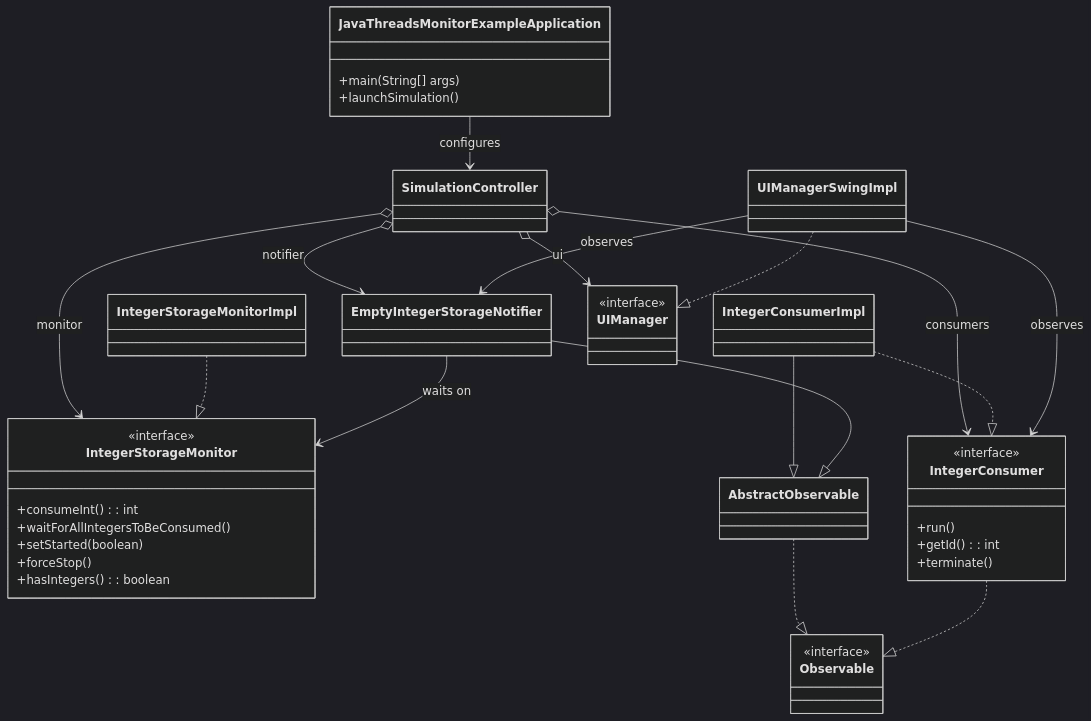
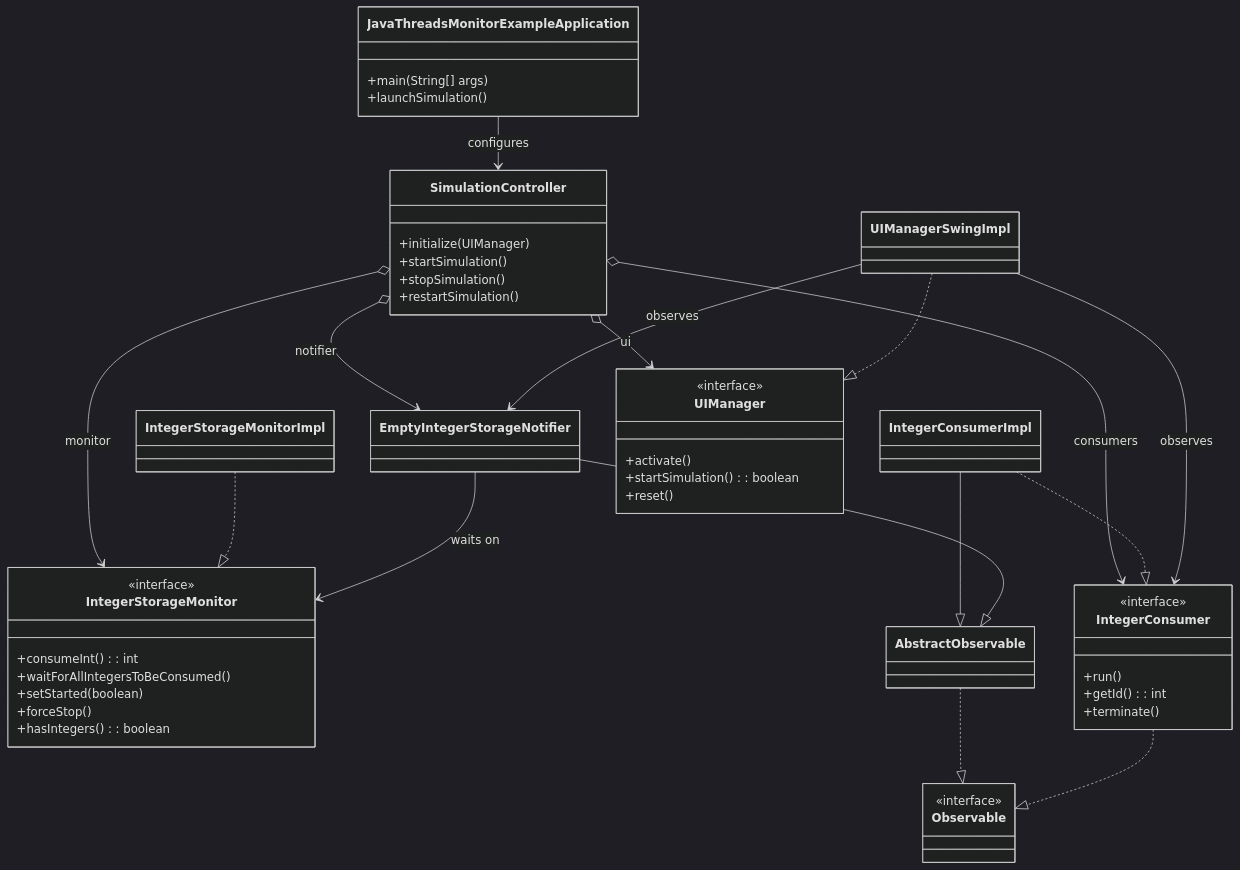
Before and after one commit to lpenap/java-monitor-example: the first of 3 diagrams in README.md, drawn with Mermaid (dark theme). The commit also changed other lines of this file and 9 other files, not shown here.

````diff
--- a/README.md
+++ b/README.md
@@ -49,70 +50,76 @@
 ```mermaid
 classDiagram
     class JavaThreadsMonitorExampleApplication {
         +main(String[] args)
         +launchSimulation()
     }
 
     class SimulationController {
-
+        +initialize(UIManager)
+        +startSimulation()
+        +stopSimulation()
+        +restartSimulation()
     }
 
     class IntegerStorageMonitor {
         +consumeInt(): int
         +waitForAllIntegersToBeConsumed()
         +setStarted(boolean)
         +forceStop()
         +hasIntegers(): boolean
     }
     <<interface>> IntegerStorageMonitor
 
     class IntegerStorageMonitorImpl {
     }
 
     class Observable {
     }
     <<interface>> Observable
 
     class AbstractObservable {
     }
 
     class IntegerConsumer {
         +run()
         +getId(): int
         +terminate()
     }
     <<interface>> IntegerConsumer
 
     class IntegerConsumerImpl {
 
     }
 
     class EmptyIntegerStorageNotifier {
     }
 
     class UIManager {
+        +activate()
+        +startSimulation(): boolean
+        +reset()
     }
     <<interface>> UIManager
 
     class UIManagerSwingImpl {
     }
 
     JavaThreadsMonitorExampleApplication --> SimulationController : configures
     SimulationController o--> IntegerStorageMonitor : monitor
     SimulationController o--> EmptyIntegerStorageNotifier : notifier
     SimulationController o--> IntegerConsumer : consumers
     SimulationController o--> UIManager : ui
 
     IntegerStorageMonitorImpl ..|> IntegerStorageMonitor
     IntegerConsumerImpl --|> AbstractObservable
     IntegerConsumerImpl ..|> IntegerConsumer
     EmptyIntegerStorageNotifier --|> AbstractObservable
     EmptyIntegerStorageNotifier --> IntegerStorageMonitor : waits on
 
     AbstractObservable ..|> Observable
     IntegerConsumer ..|> Observable
 
     UIManagerSwingImpl ..|> UIManager
     UIManagerSwingImpl --> IntegerConsumer : observes
     UIManagerSwingImpl --> EmptyIntegerStorageNotifier : observes
 ```
````
